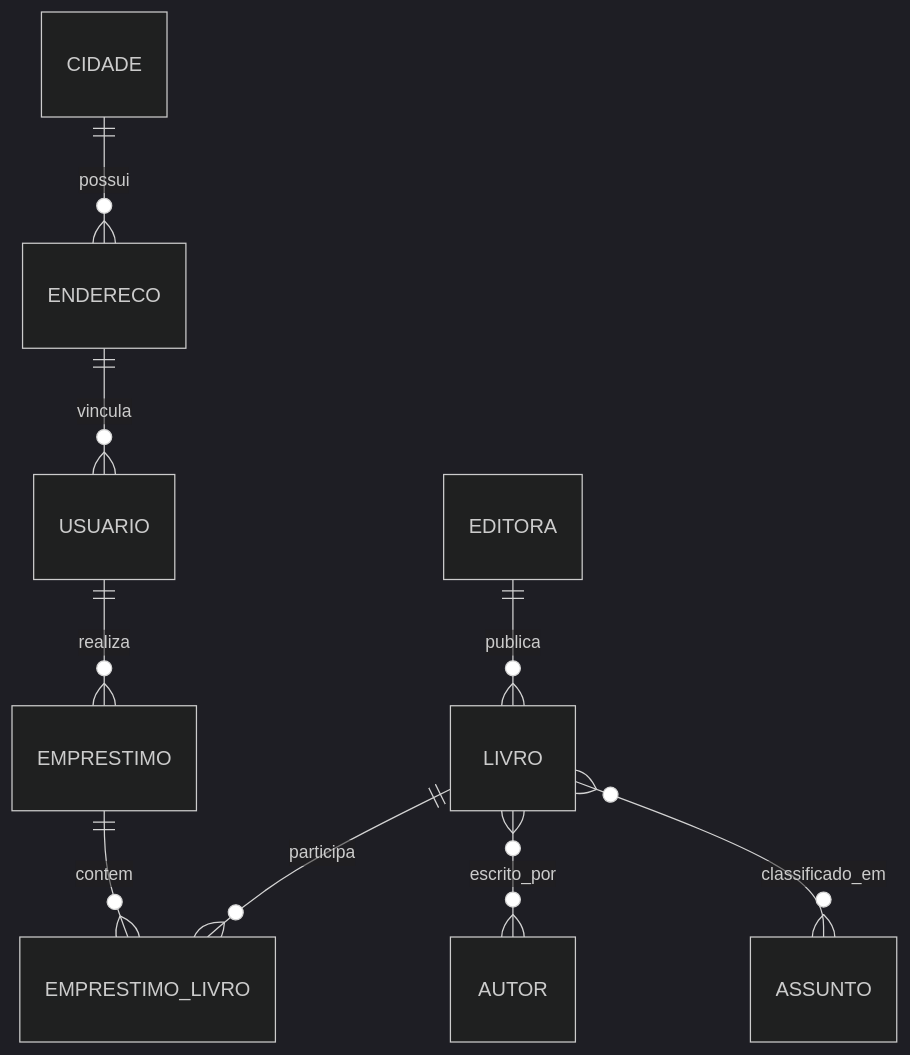
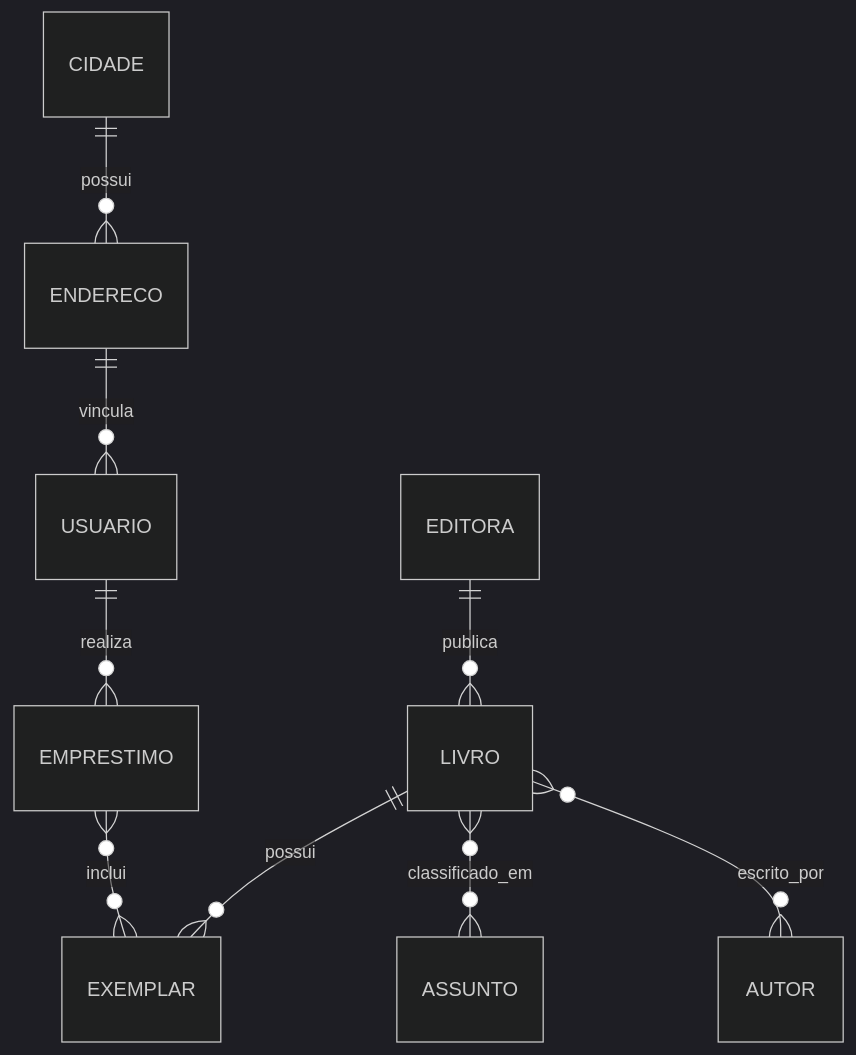
The diagram in README.md (Liken77/Banco-de-Dados-Projeto), drawn with Mermaid (dark theme) before and after one commit. The commit also changed other lines of this file and 8 other files, not shown here.

````diff
--- a/README.md
+++ b/README.md
@@ -20,11 +20,11 @@
 ```mermaid
 erDiagram
     CIDADE ||--o{ ENDERECO : possui
     ENDERECO ||--o{ USUARIO : vincula
     EDITORA ||--o{ LIVRO : publica
     LIVRO }o--o{ AUTOR : escrito_por
     LIVRO }o--o{ ASSUNTO : classificado_em
+    LIVRO ||--o{ EXEMPLAR : possui
     USUARIO ||--o{ EMPRESTIMO : realiza
-    EMPRESTIMO ||--o{ EMPRESTIMO_LIVRO : contem
-    LIVRO ||--o{ EMPRESTIMO_LIVRO : participa
+    EMPRESTIMO }o--o{ EXEMPLAR : inclui
 ```
````
